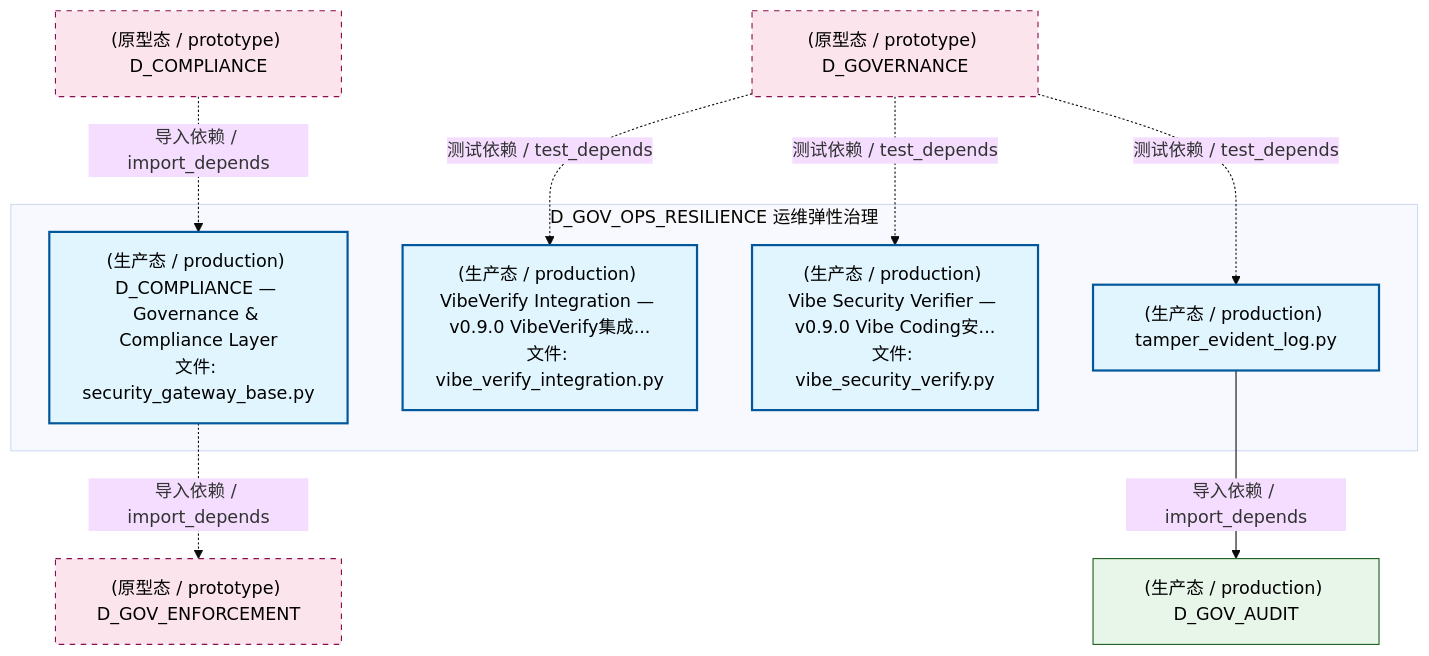
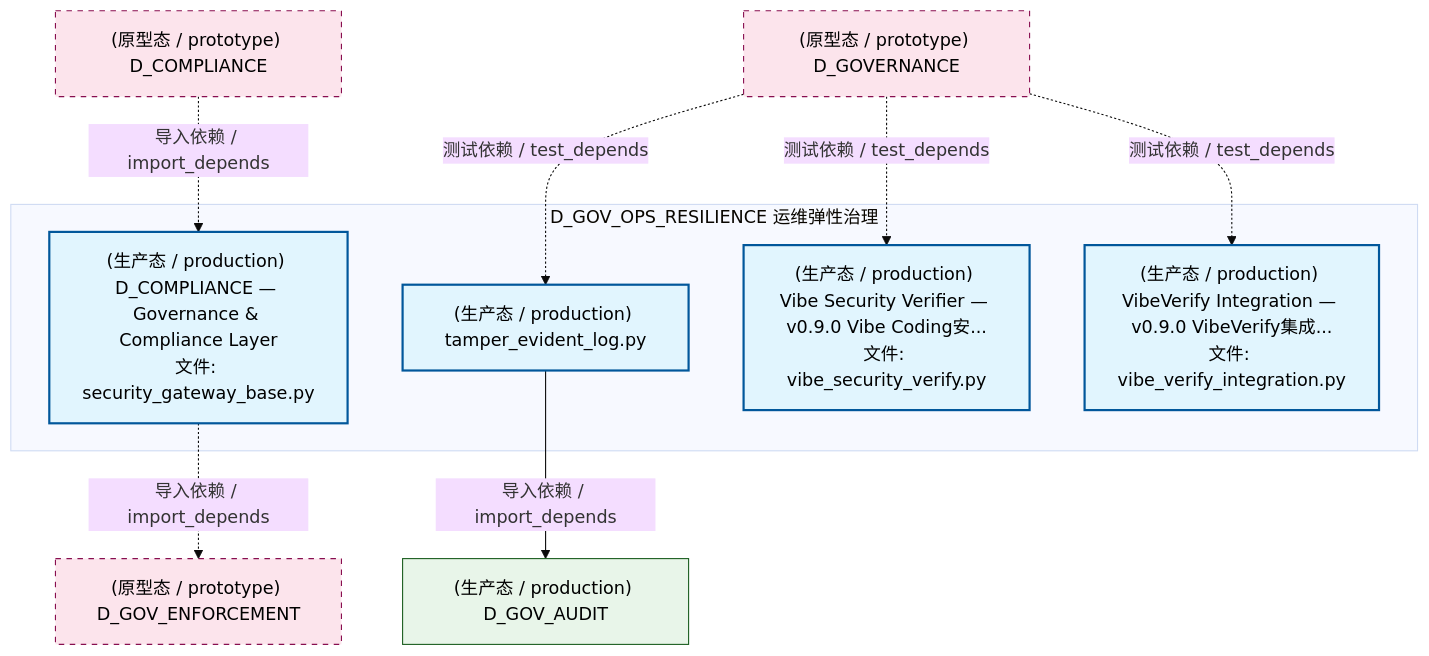
The fourth of 7 diagrams in docs/02_enterprise_architecture/02_domain_architecture_docs/17_d_gov_ops_resilience.md (xuanFelixVan/ZephyrAlpha), drawn with Mermaid (base theme) before and after one commit. The commit also changed other lines of this file and 126 other files, not shown here.

````diff
--- a/docs/02_enterprise_architecture/02_domain_architecture_docs/17_d_gov_ops_resilience.md
+++ b/docs/02_enterprise_architecture/02_domain_architecture_docs/17_d_gov_ops_resilience.md
@@ -433,26 +435,26 @@
 ```mermaid
 graph TD
     subgraph D_GOV_OPS_RESILIENCE["D_GOV_OPS_RESILIENCE 运维弹性治理"]
         src_zephyr_governance_security_governance_security_gateway_base_py["(生产态 / production) D_COMPLIANCE — Governance & Compliance Layer<br/>文件: security_gateway_base.py"]
         src_zephyr_governance_security_governance_tamper_evident_log_py["(生产态 / production) tamper_evident_log.py"]
         src_zephyr_governance_security_governance_vibe_security_verify_py["(生产态 / production) Vibe Security Verifier — v0.9.0 Vibe Coding安...<br/>文件: vibe_security_verify.py"]
         src_zephyr_governance_security_governance_vibe_verify_integration_py["(生产态 / production) VibeVerify Integration — v0.9.0 VibeVerify集成...<br/>文件: vibe_verify_integration.py"]
     end
     D_GOV_AUDIT["(生产态 / production) D_GOV_AUDIT"]
     src_zephyr_governance_security_governance_tamper_evident_log_py -->|导入依赖 / import_depends| D_GOV_AUDIT
     D_GOV_ENFORCEMENT["(原型态 / prototype) D_GOV_ENFORCEMENT"]
     src_zephyr_governance_security_governance_security_gateway_base_py -.->|导入依赖 / import_depends| D_GOV_ENFORCEMENT
+    D_COMPLIANCE["(原型态 / prototype) D_COMPLIANCE"]
+    D_COMPLIANCE -.->|导入依赖 / import_depends| src_zephyr_governance_security_governance_security_gateway_base_py
     D_GOVERNANCE["(原型态 / prototype) D_GOVERNANCE"]
+    D_GOVERNANCE -.->|测试依赖 / test_depends| src_zephyr_governance_security_governance_tamper_evident_log_py
     D_GOVERNANCE -.->|测试依赖 / test_depends| src_zephyr_governance_security_governance_vibe_verify_integration_py
     D_GOVERNANCE -.->|测试依赖 / test_depends| src_zephyr_governance_security_governance_vibe_security_verify_py
-    D_GOVERNANCE -.->|测试依赖 / test_depends| src_zephyr_governance_security_governance_tamper_evident_log_py
-    D_COMPLIANCE["(原型态 / prototype) D_COMPLIANCE"]
-    D_COMPLIANCE -.->|导入依赖 / import_depends| src_zephyr_governance_security_governance_security_gateway_base_py
     classDef production fill:#e1f5fe,stroke:#01579b,stroke-width:2px,color:#000
     classDef design fill:#fff3e0,stroke:#e65100,stroke-width:2px,color:#000,stroke-dasharray: 5 5
     classDef external_prod fill:#e8f5e9,stroke:#1b5e20,stroke-width:1px,color:#000
     classDef external_design fill:#fce4ec,stroke:#880e4f,stroke-width:1px,color:#000,stroke-dasharray: 5 5
     class src_zephyr_governance_security_governance_security_gateway_base_py,src_zephyr_governance_security_governance_tamper_evident_log_py,src_zephyr_governance_security_governance_vibe_security_verify_py,src_zephyr_governance_security_governance_vibe_verify_integration_py production
     class D_GOV_AUDIT external_prod
-    class D_GOV_ENFORCEMENT,D_GOVERNANCE,D_COMPLIANCE external_design
+    class D_GOV_ENFORCEMENT,D_COMPLIANCE,D_GOVERNANCE external_design
 ```
````
